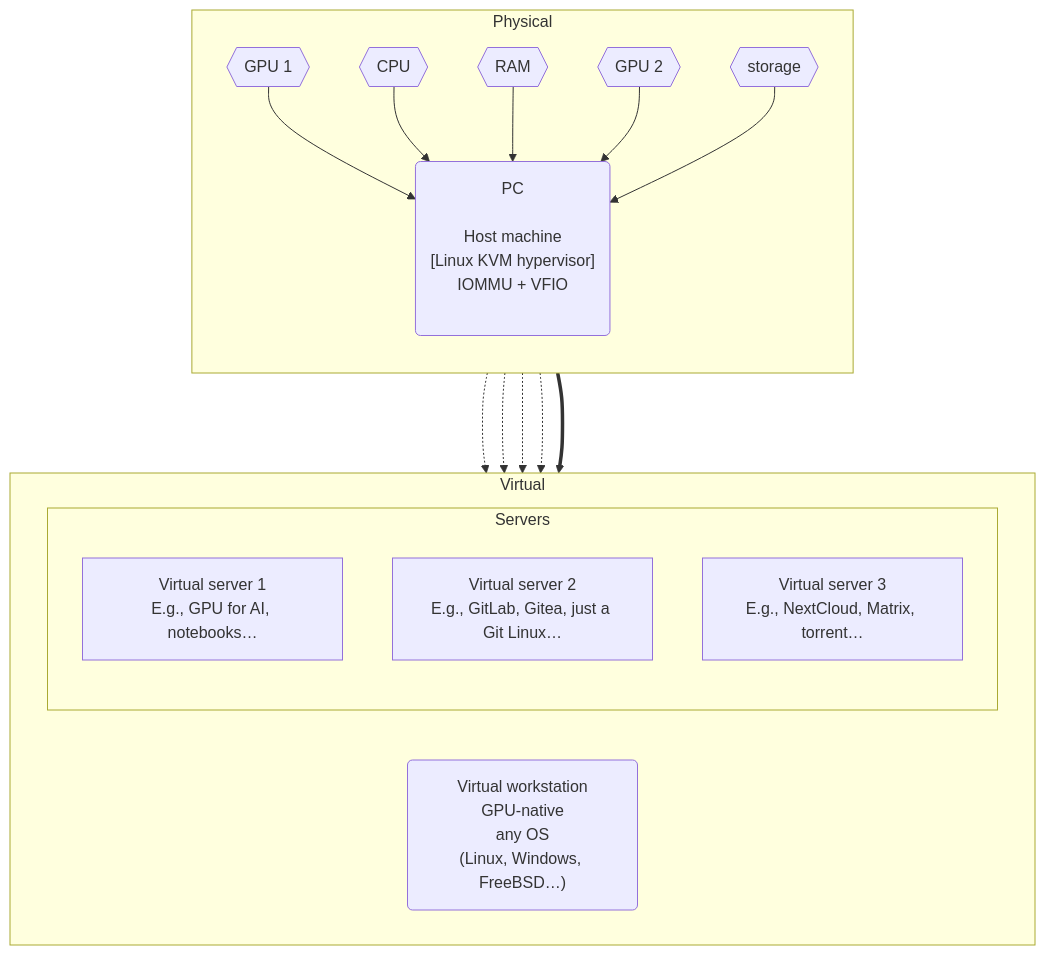
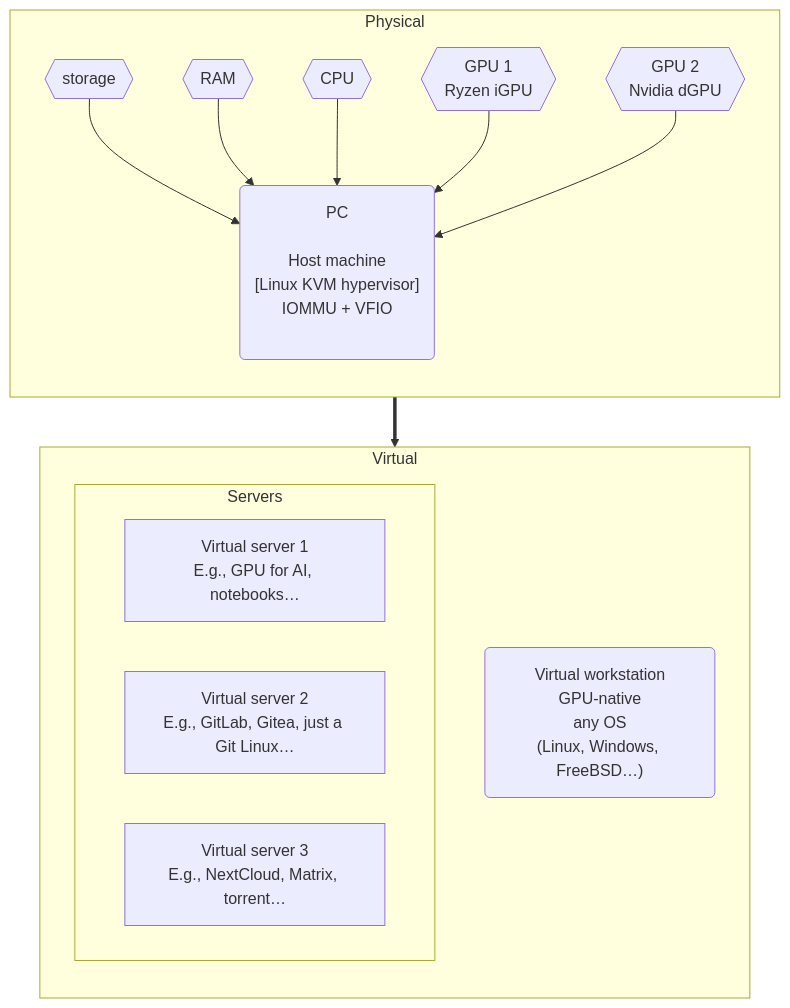
The diagram in README.md (agenkit/GHost), drawn with Mermaid before and after one commit.

````diff
--- a/README.md
+++ b/README.md
@@ -7,29 +7,29 @@
 ```mermaid
 graph TB
 
 subgraph Physical
    direction TB
-   pgpu1{{"GPU 1"}} --> host("PC<br><br>Host machine<br>[Linux KVM hypervisor]<br>IOMMU + VFIO<br><br>")
-   pcpu{{"CPU"}} --> host
-   pmem{{"RAM"}} --> host
-   pgpu2{{"GPU 2"}} --> host
-   pstor{{"storage"}} --> host
+   pstor{{"storage<br>"}} --> host
+   pmem{{"RAM<br>"}} --> host
+   pcpu{{"CPU<br>"}} --> host
+   pgpu1{{"GPU 1<br>Ryzen iGPU"}} --> host("PC<br><br>Host machine<br>[Linux KVM hypervisor]<br>IOMMU + VFIO<br><br>")
+   pgpu2{{"GPU 2<br>Nvidia dGPU"}} --> host
    
 end
 
 subgraph Virtual
-   direction LR
-   pgpu1 -.-> vws("Virtual workstation<br>GPU-native<br>any OS<br>(Linux, Windows, FreeBSD…)")
+   direction TB
+   vws("Virtual workstation<br>GPU-native<br>any OS<br>(Linux, Windows, FreeBSD…)")
 
    subgraph Servers
-      direction TB
-      pgpu2 -..-> vsrv1["Virtual server 1<br>E.g., GPU for AI, notebooks…"]
-      pstor -..-> vsrv2["Virtual server 2<br>E.g., GitLab, Gitea, just a Git Linux…"]
-      pstor -..-> vsrv3["Virtual server 3<br>E.g., NextCloud, Matrix, torrent…"]
+      direction LR
+      vsrv1["Virtual server 1<br>E.g., GPU for AI, notebooks…"]
+      vsrv2["Virtual server 2<br>E.g., GitLab, Gitea, just a Git Linux…"]
+      vsrv3["Virtual server 3<br>E.g., NextCloud, Matrix, torrent…"]
    end
 end
 
 Physical ==> Virtual
 
 
 ```
````
